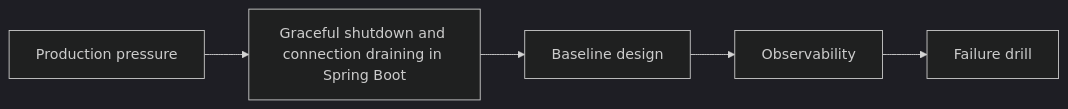
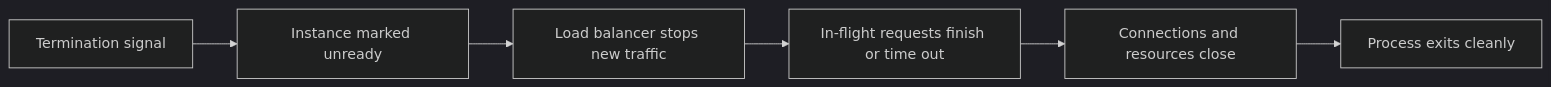
One commit to sandeepbhardwaj/sandeepbhardwaj.github.io changed the diagram in _posts/2026-07-12-spring-boot-graceful-shutdown-draining-part-1.md. Above: the diagram before and after it, drawn with Mermaid (dark theme). The commit also changed other lines of this file and 113 other files, not shown here.

````diff
--- a/_posts/2026-07-12-spring-boot-graceful-shutdown-draining-part-1.md
+++ b/_posts/2026-07-12-spring-boot-graceful-shutdown-draining-part-1.md
@@ -57,7 +50,8 @@
 ```mermaid
 flowchart LR
-    A[Production pressure] --> B[Graceful shutdown and connection draining in Spring Boot]
-    B --> C[Baseline design]
-    C --> D[Observability]
-    D --> E[Failure drill]
+    A[Termination signal] --> B[Instance marked unready]
+    B --> C[Load balancer stops new traffic]
+    C --> D[In-flight requests finish or time out]
+    D --> E[Connections and resources close]
+    E --> F[Process exits cleanly]
 ```
````
